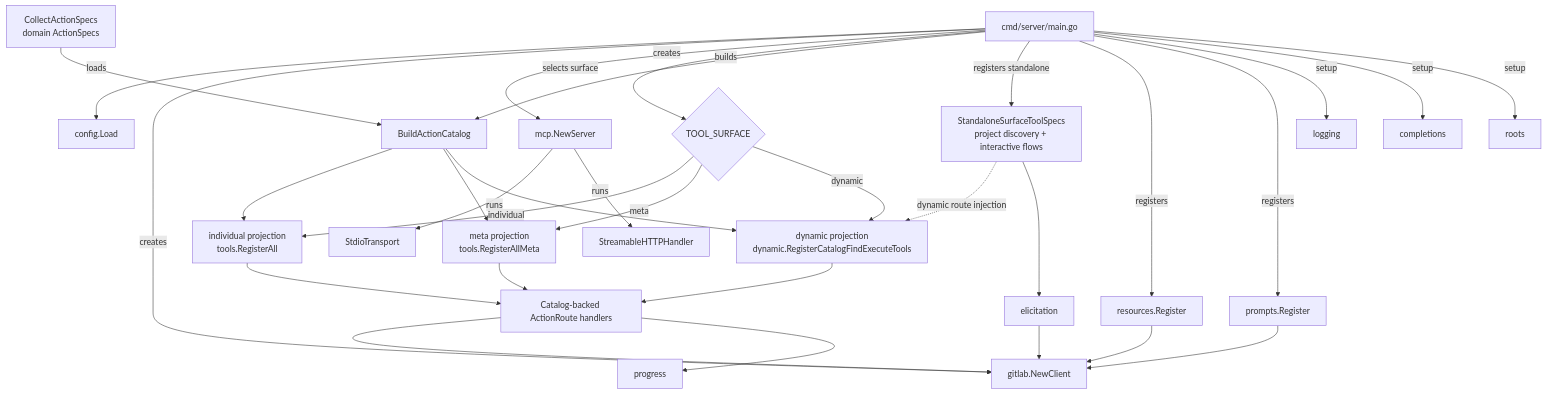
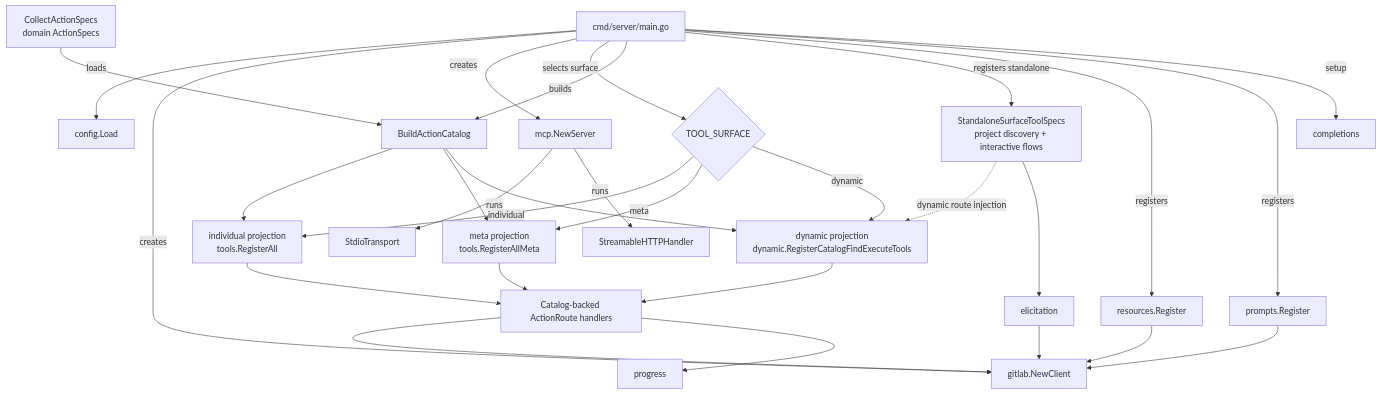
Before and after one commit to jmrplens/gitlab-mcp-server: the first of 2 diagrams in docs/development/development.md, drawn with Mermaid. The commit also changed other lines of this file and 41 other files, not shown here.

First line of the commit message:
docs: purge residual Roots/Sampling/Logging refs and fix stale counts (multi-agent audit)

````diff
--- a/docs/development/development.md
+++ b/docs/development/development.md
@@ -66,33 +64,31 @@
 ```mermaid
 graph TD
     MAIN[cmd/server/main.go] -->|loads| CFG[config.Load]
     MAIN -->|creates| GL[gitlab.NewClient]
     MAIN -->|creates| SRV[mcp.NewServer]
     MAIN -->|selects surface| SURFACE{TOOL_SURFACE}
     SPECS[CollectActionSpecs<br/>domain ActionSpecs] --> CATALOG[BuildActionCatalog]
     MAIN -->|builds| CATALOG
     CATALOG --> IND[individual projection<br/>tools.RegisterAll]
     CATALOG --> META[meta projection<br/>tools.RegisterAllMeta]
     CATALOG --> DYN[dynamic projection<br/>dynamic.RegisterCatalogFindExecuteTools]
     STANDALONE[StandaloneSurfaceToolSpecs<br/>project discovery + interactive flows] -.->|dynamic route injection| DYN
     SURFACE -->|individual| IND
     SURFACE -->|meta| META
     SURFACE -->|dynamic| DYN
     IND --> PROJECTION[Catalog-backed ActionRoute handlers]
     META --> PROJECTION
     DYN --> PROJECTION
     MAIN -->|registers standalone| STANDALONE
     MAIN -->|registers| RES[resources.Register]
     MAIN -->|registers| PROMPTS[prompts.Register]
-    MAIN -->|setup| LOG[logging]
     MAIN -->|setup| COMP[completions]
-    MAIN -->|setup| ROOTS[roots]
     SRV -->|runs| STDIO[StdioTransport]
     SRV -->|runs| HTTP[StreamableHTTPHandler]
     PROJECTION --> GL
     PROJECTION --> PROG[progress]
     STANDALONE --> ELIC[elicitation]
     ELIC --> GL
     RES --> GL
     PROMPTS --> GL
 ```
````
